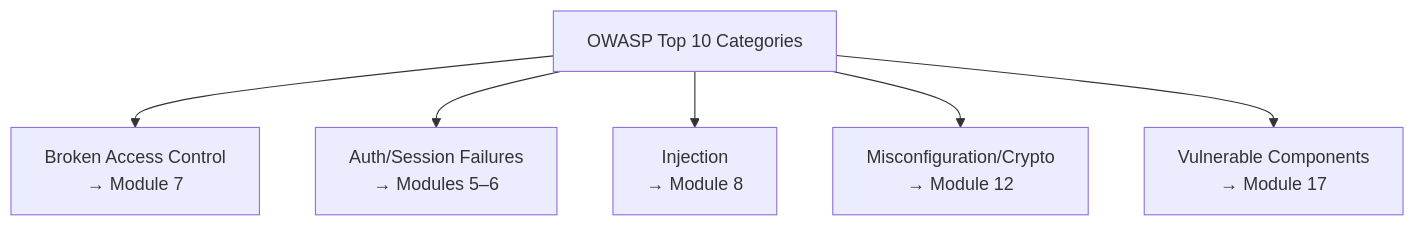
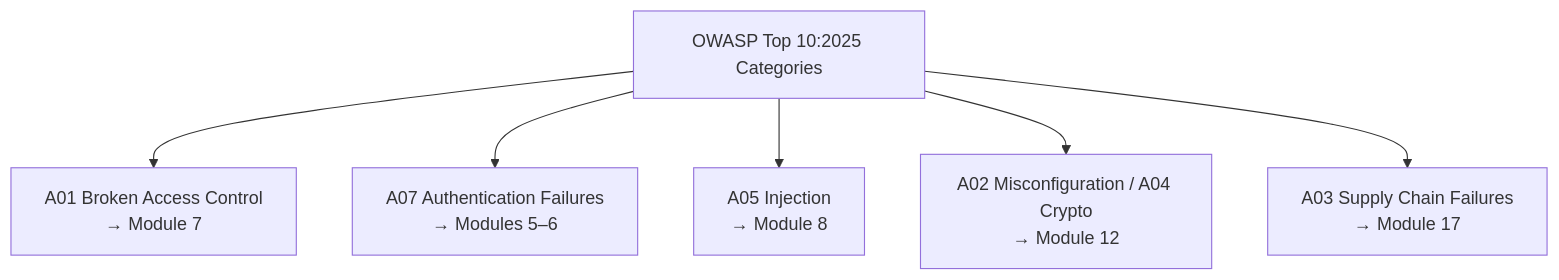
The diagram in learning-paths/security-testing/04-owasp-top-10-for-testers.md (ghanendra-sdet/testatlas), drawn with Mermaid before and after one commit. The commit also changed other lines of this file and 5 other files, not shown here.

Commit message:
Update OWASP references to the Top 10:2025 and API Security Top 10:2023 editions

````diff
--- a/learning-paths/security-testing/04-owasp-top-10-for-testers.md
+++ b/learning-paths/security-testing/04-owasp-top-10-for-testers.md
@@ -34,11 +36,11 @@
 ```mermaid
 %% VIS-SEC-004 — OWASP Top 10 as an Orientation Map for This Path
 flowchart TD
     accTitle: OWASP Top 10 as an Orientation Map for This Path
-    accDescr: The OWASP Top 10 categories map directly onto this path's own later modules. Broken access control maps to authorization testing. Identification and authentication failures map to authentication and session testing. Injection maps to input validation testing. Security misconfiguration and cryptographic failures map to configuration and transport security testing. Vulnerable and outdated components maps to security automation and CI/CD.
-    A[OWASP Top 10 Categories] --> B[Broken Access Control<br/>→ Module 7]
-    A --> C[Auth/Session Failures<br/>→ Modules 5–6]
-    A --> D[Injection<br/>→ Module 8]
-    A --> E[Misconfiguration/Crypto<br/>→ Module 12]
-    A --> F[Vulnerable Components<br/>→ Module 17]
+    accDescr: The OWASP Top 10 2025 categories map directly onto this path's own later modules. Broken access control maps to authorization testing. Authentication failures map to authentication and session testing. Injection maps to input validation testing. Security misconfiguration and cryptographic failures map to configuration and transport security testing. Software supply chain failures maps to security automation and CI/CD.
+    A[OWASP Top 10:2025 Categories] --> B[A01 Broken Access Control<br/>→ Module 7]
+    A --> C[A07 Authentication Failures<br/>→ Modules 5–6]
+    A --> D[A05 Injection<br/>→ Module 8]
+    A --> E[A02 Misconfiguration / A04 Crypto<br/>→ Module 12]
+    A --> F[A03 Supply Chain Failures<br/>→ Module 17]
 ```
````
